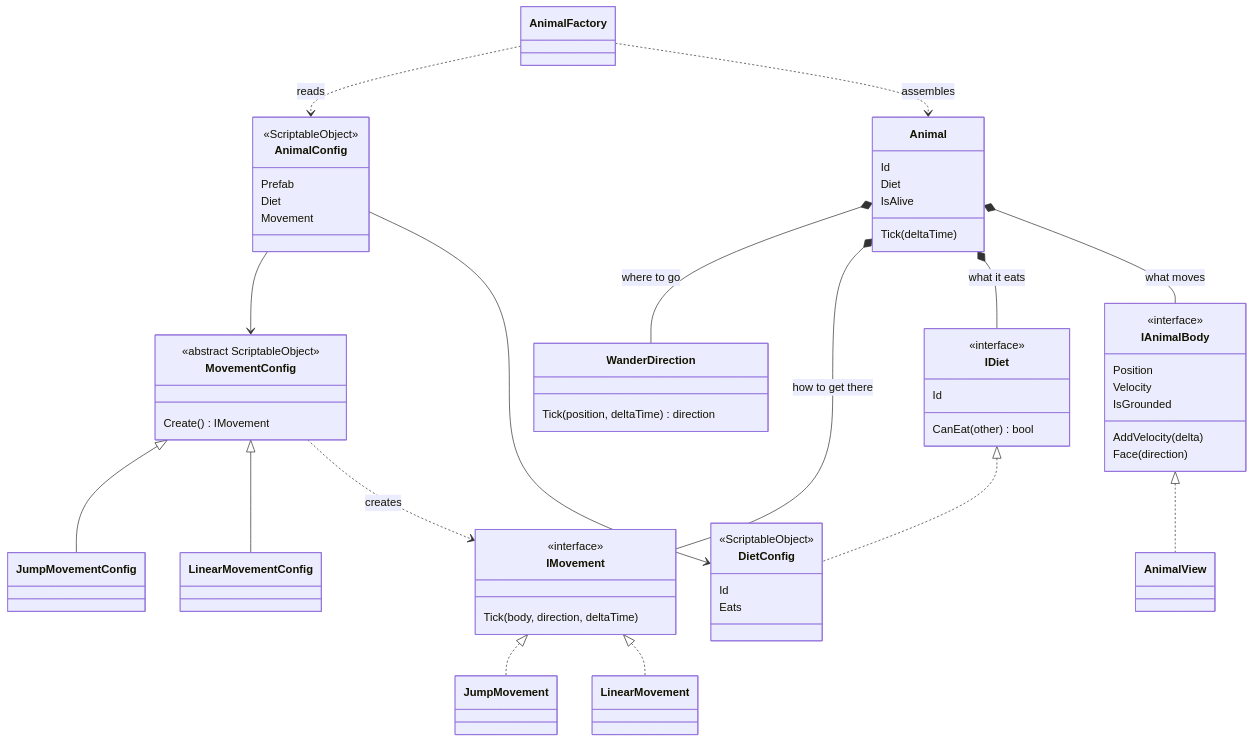
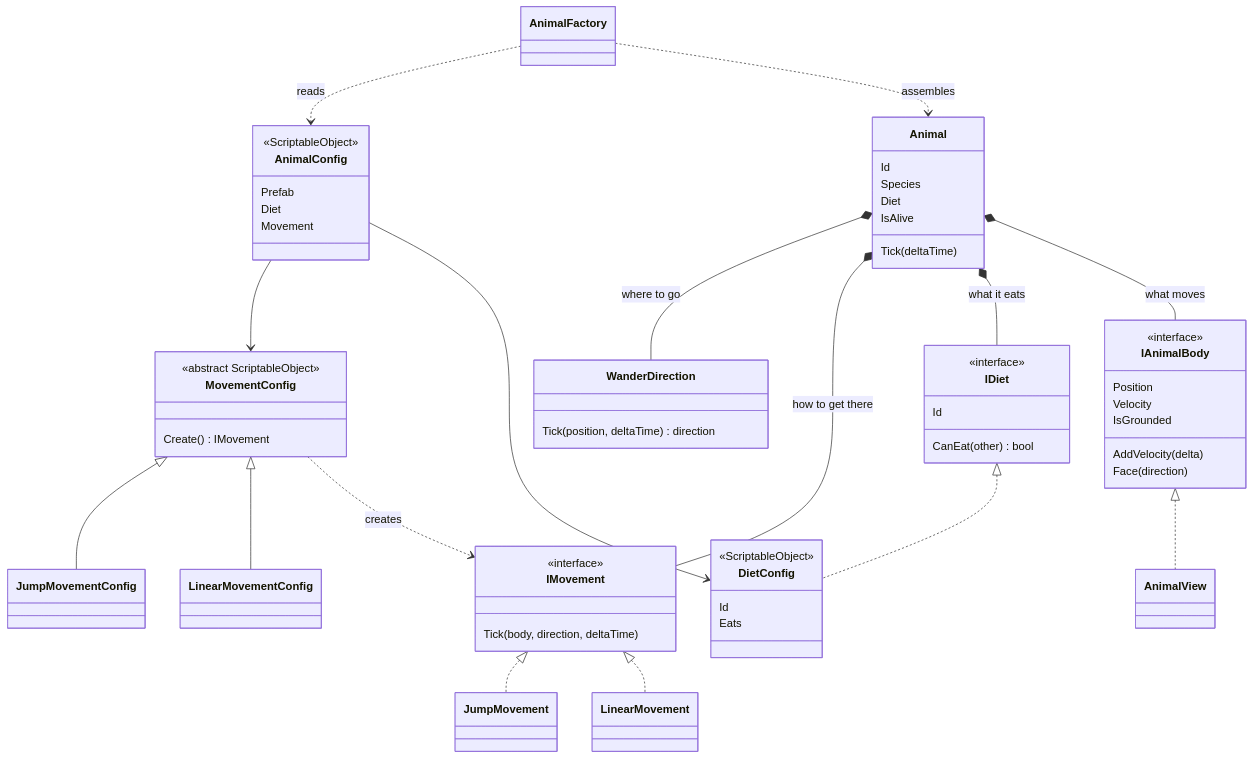
Before and after one commit to dkoleev/ZooWorld: the second of 6 diagrams in README.md, drawn with Mermaid. The commit also changed other lines of this file, not shown here.

````diff
--- a/README.md
+++ b/README.md
@@ -100,59 +103,60 @@
 ```mermaid
 classDiagram
     class AnimalConfig {
         <<ScriptableObject>>
         Prefab
         Diet
         Movement
     }
     class DietConfig {
         <<ScriptableObject>>
         Id
         Eats
     }
     class IDiet {
         <<interface>>
         Id
         CanEat(other) bool
     }
     class MovementConfig {
         <<abstract ScriptableObject>>
         Create() IMovement
     }
     class Animal {
         Id
+        Species
         Diet
         IsAlive
         Tick(deltaTime)
     }
     class IMovement {
         <<interface>>
         Tick(body, direction, deltaTime)
     }
     class WanderDirection {
         Tick(position, deltaTime) direction
     }
     class IAnimalBody {
         <<interface>>
         Position
         Velocity
         IsGrounded
         AddVelocity(delta)
         Face(direction)
     }
     AnimalConfig --> MovementConfig
     AnimalConfig --> DietConfig
     IDiet <|.. DietConfig
     MovementConfig <|-- JumpMovementConfig
     MovementConfig <|-- LinearMovementConfig
     MovementConfig ..> IMovement : creates
     IMovement <|.. JumpMovement
     IMovement <|.. LinearMovement
     Animal *-- WanderDirection : where to go
     Animal *-- IMovement : how to get there
     Animal *-- IDiet : what it eats
     Animal *-- IAnimalBody : what moves
     IAnimalBody <|.. AnimalView
     AnimalFactory ..> AnimalConfig : reads
     AnimalFactory ..> Animal : assembles
 ```
````
